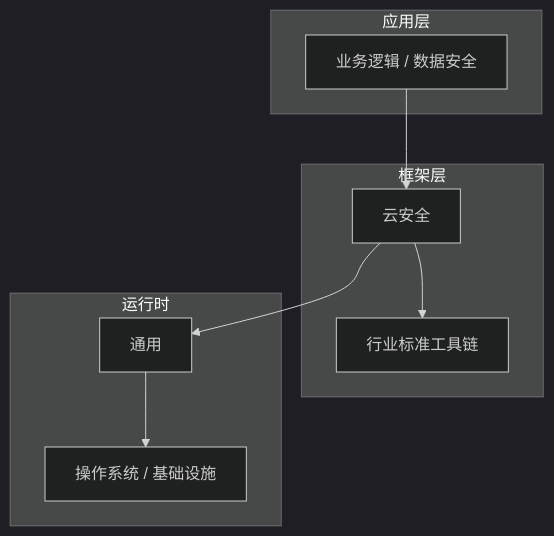
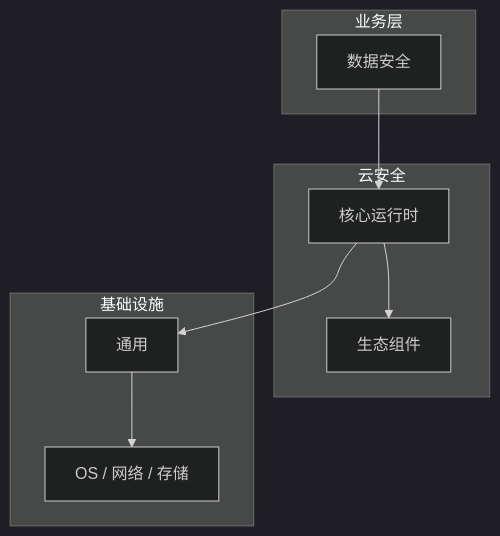
One commit to yanggan2015/knowledge-json-v2 changed the diagram in articles/云安全/chapters/019-数据安全核心概念与原理.md. Above: the diagram before and after it, drawn with Mermaid (dark theme). The commit also changed other lines of this file and 10127 other files, not shown here.

````diff
--- a/articles/云安全/chapters/019-数据安全核心概念与原理.md
+++ b/articles/云安全/chapters/019-数据安全核心概念与原理.md
@@ -46,18 +31,18 @@
 ```mermaid
 graph TB
-    subgraph 应用层
-        A[业务逻辑 / 数据安全]
+    subgraph 业务层
+        A[数据安全]
     end
-    subgraph 框架层
-        B[云安全]
-        C[行业标准工具链]
+    subgraph 云安全
+        B[核心运行时]
+        C[生态组件]
     end
-    subgraph 运行时
+    subgraph 基础设施
         D[通用]
-        E[操作系统 / 基础设施]
+        E[OS / 网络 / 存储]
     end
     A --> B
     B --> C
     B --> D
     D --> E
 ```
````
